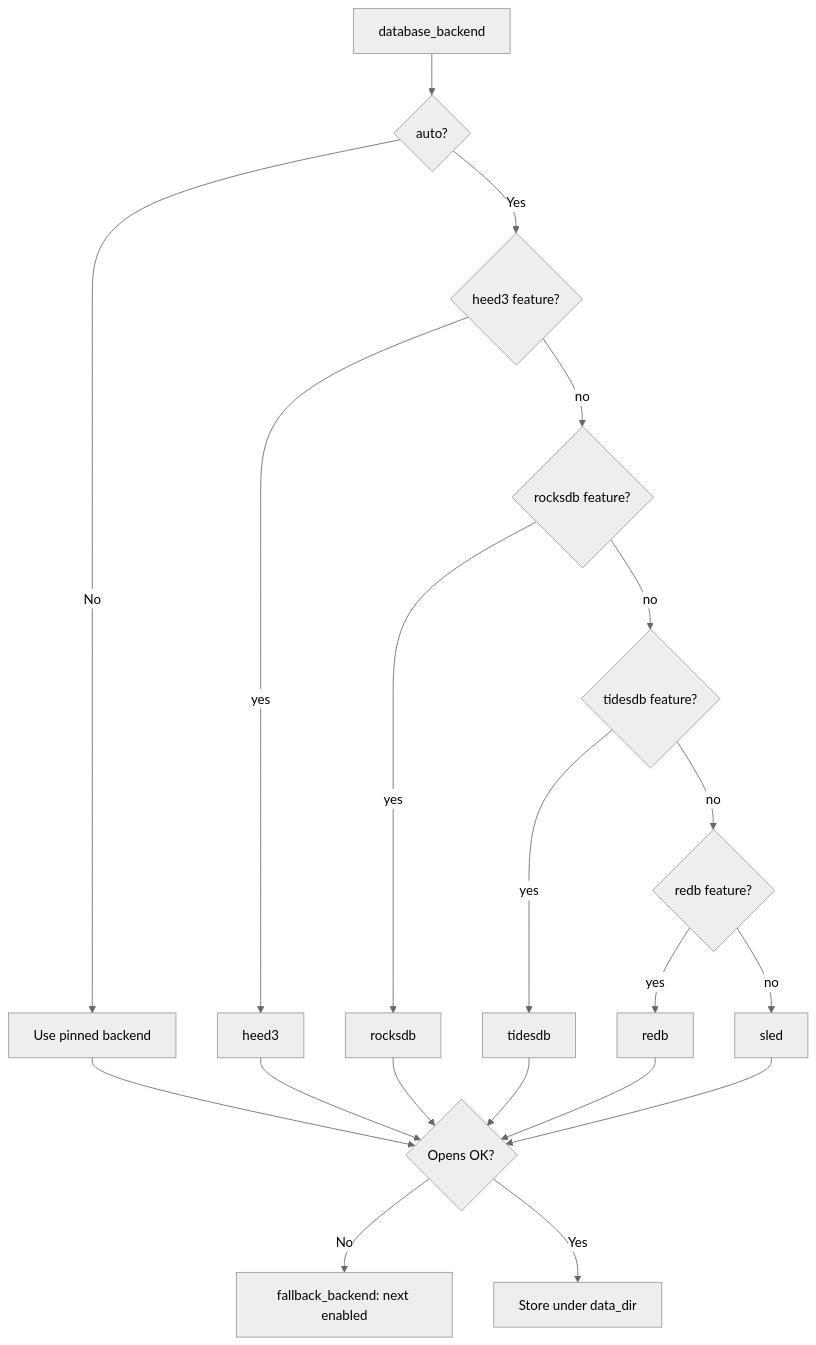
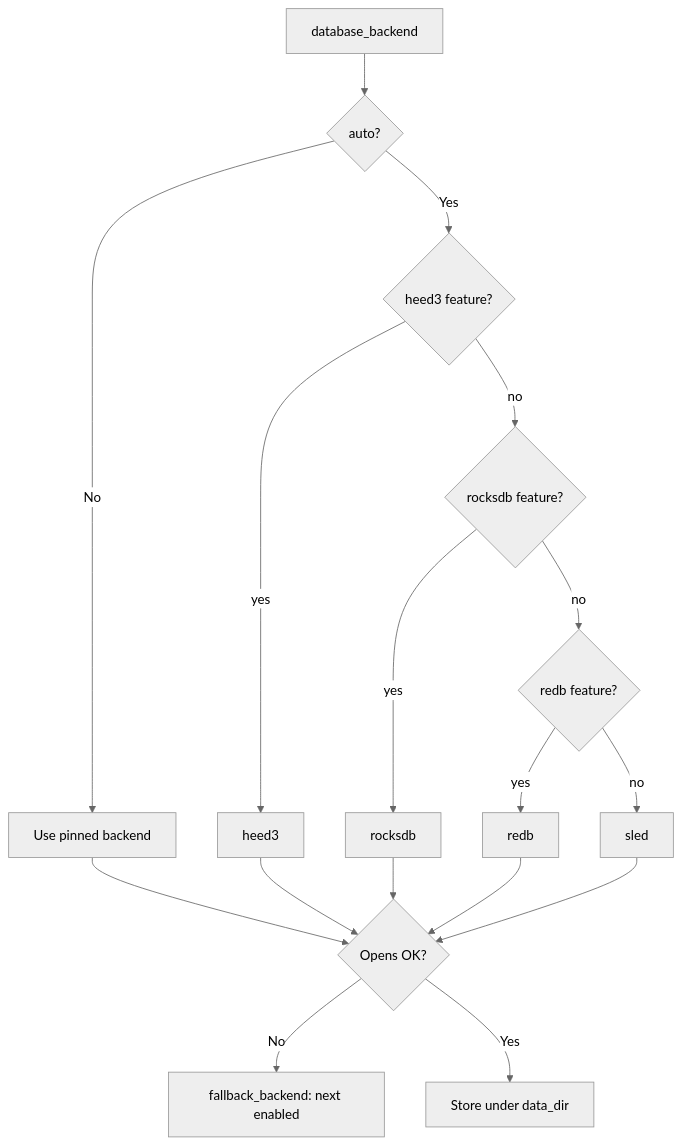
Before and after one commit to BTCDecoded/blvm-docs: the diagram in src/node/storage-backends.md, drawn with Mermaid (neutral theme). The commit also changed other lines of this file and 19 other files, not shown here.

````diff
--- a/src/node/storage-backends.md
+++ b/src/node/storage-backends.md
@@ -80,22 +77,19 @@
 ```mermaid
 flowchart TD
  START[database_backend] --> AUTO{auto?}
  AUTO -->|No| PIN[Use pinned backend]
  AUTO -->|Yes| P1{heed3 feature?}
  P1 -->|yes| H[heed3]
  P1 -->|no| P2{rocksdb feature?}
  P2 -->|yes| R[rocksdb]
- P2 -->|no| P3{tidesdb feature?}
- P3 -->|yes| T[tidesdb]
- P3 -->|no| P4{redb feature?}
+ P2 -->|no| P4{redb feature?}
  P4 -->|yes| RD[redb]
  P4 -->|no| S[sled]
  PIN --> OPEN{Opens OK?}
  H --> OPEN
  R --> OPEN
- T --> OPEN
  RD --> OPEN
  S --> OPEN
  OPEN -->|No| FB[fallback_backend: next enabled]
  OPEN -->|Yes| RUN[Store under data_dir]
 ```
````
